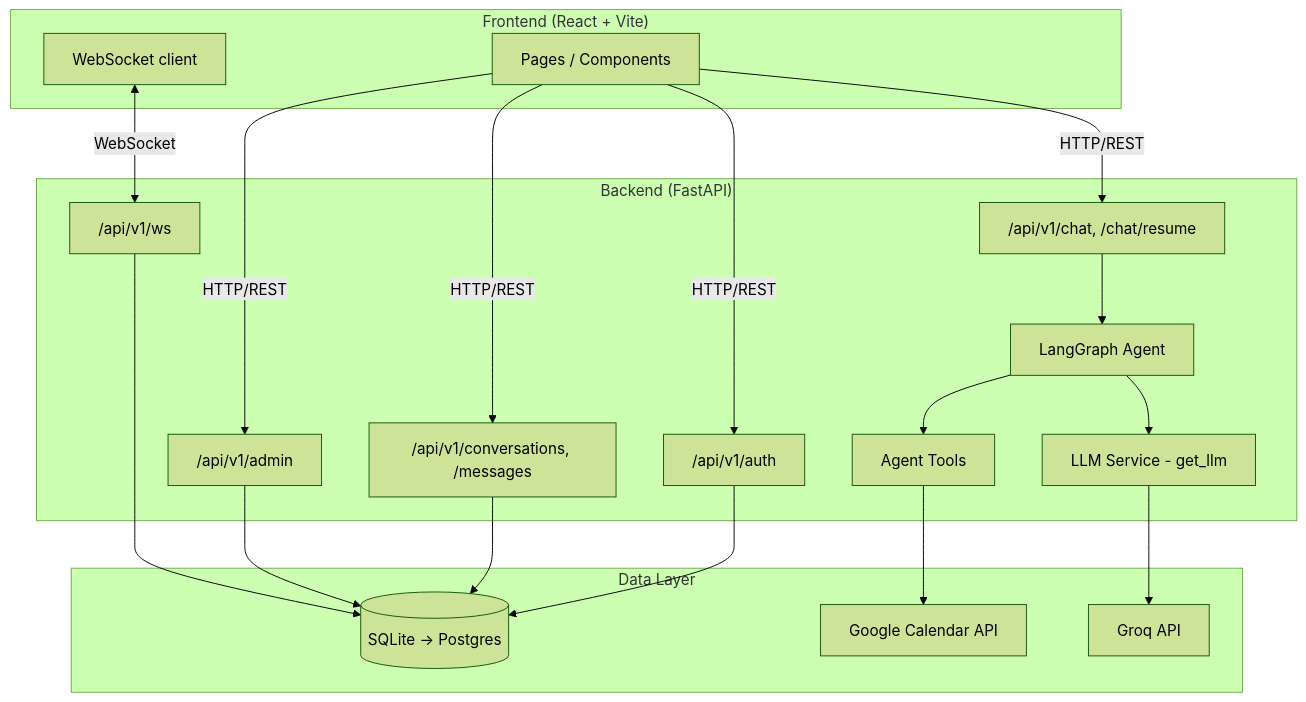
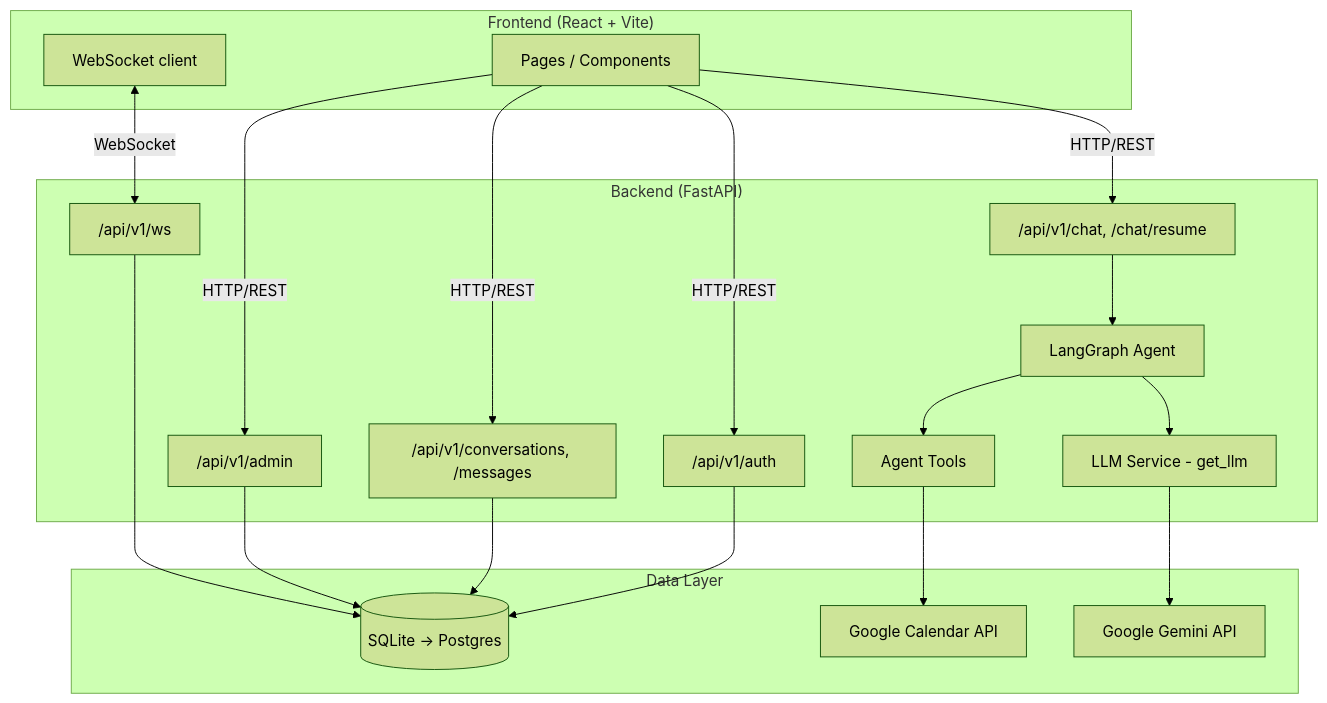
Before and after one commit to TueLT/Build-to-deploy: the first of 3 diagrams in ARCHITECTURE.md, drawn with Mermaid (forest theme). The commit also changed other lines of this file and 52 other files, not shown here.

First line of the commit message:
Đổi LLM sang Gemini, sửa lỗi tool-call, thêm Task/Calendar/Reminder thật

````diff
--- a/ARCHITECTURE.md
+++ b/ARCHITECTURE.md
@@ -13,39 +13,39 @@
 ```mermaid
 graph TB
     subgraph Frontend["Frontend (React + Vite)"]
         UI[Pages / Components]
         WSClient[WebSocket client]
     end
 
     subgraph Backend["Backend (FastAPI)"]
         AuthAPI["/api/v1/auth"]
         ChatAPI["/api/v1/conversations, /messages"]
         AdminAPI["/api/v1/admin"]
         AgentAPI["/api/v1/chat, /chat/resume"]
         WS["/api/v1/ws"]
         Agent[LangGraph Agent]
         LLM[LLM Service - get_llm]
         Tools[Agent Tools]
     end
 
     subgraph Data["Data Layer"]
         DB[(SQLite → Postgres)]
         Google[Google Calendar API]
-        GroqAPI[Groq API]
+        GeminiAPI[Google Gemini API]
     end
 
     UI -->|HTTP/REST| AuthAPI
     UI -->|HTTP/REST| ChatAPI
     UI -->|HTTP/REST| AdminAPI
     UI -->|HTTP/REST| AgentAPI
     WSClient <-->|WebSocket| WS
     AgentAPI --> Agent
     Agent --> LLM
     Agent --> Tools
-    LLM --> GroqAPI
+    LLM --> GeminiAPI
     Tools --> Google
     AuthAPI --> DB
     ChatAPI --> DB
     AdminAPI --> DB
     WS --> DB
 ```
````
